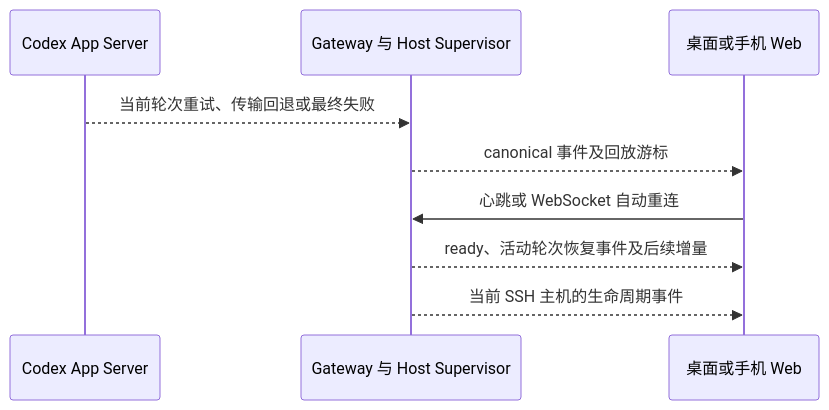
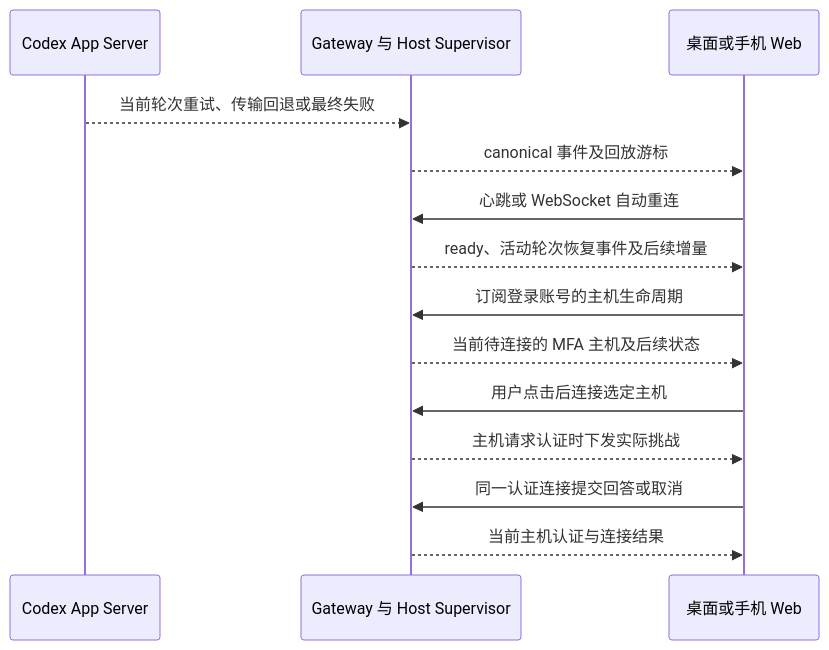
Diagram 12 of 13 in specs/selfhost-codex/README.md (LiangLiang723/codex-web), drawn with Mermaid before and after one commit. The commit also changed other lines of this file and 74 other files, not shown here.

````diff
--- a/specs/selfhost-codex/README.md
+++ b/specs/selfhost-codex/README.md
@@ -312,11 +361,16 @@
 ```mermaid
 sequenceDiagram
     participant C as Codex App Server
     participant G as Gateway 与 Host Supervisor
     participant W as 桌面或手机 Web
     C-->>G: 当前轮次重试、传输回退或最终失败
     G-->>W: canonical 事件及回放游标
     W->>G: 心跳或 WebSocket 自动重连
     G-->>W: ready、活动轮次恢复事件及后续增量
-    G-->>W: 当前 SSH 主机的生命周期事件
+    W->>G: 订阅登录账号的主机生命周期
+    G-->>W: 当前待连接的 MFA 主机及后续状态
+    W->>G: 用户点击后连接选定主机
+    G-->>W: 主机请求认证时下发实际挑战
+    W->>G: 同一认证连接提交回答或取消
+    G-->>W: 当前主机认证与连接结果
 ```
````
